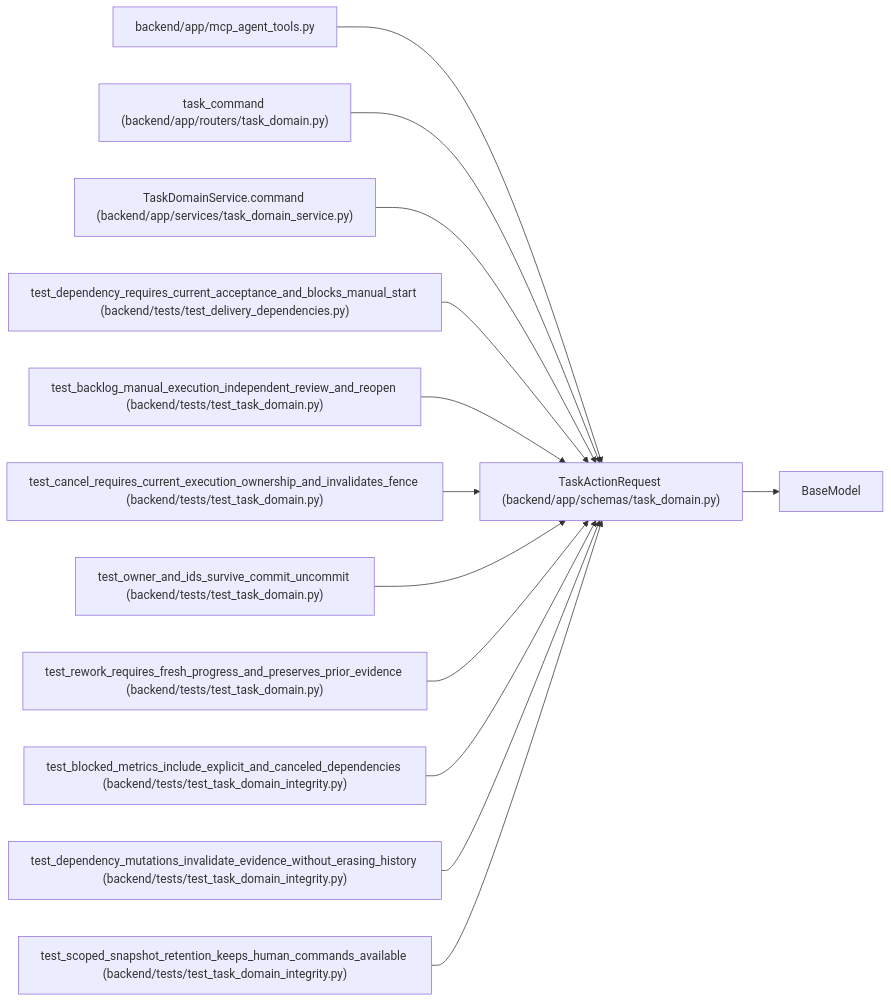
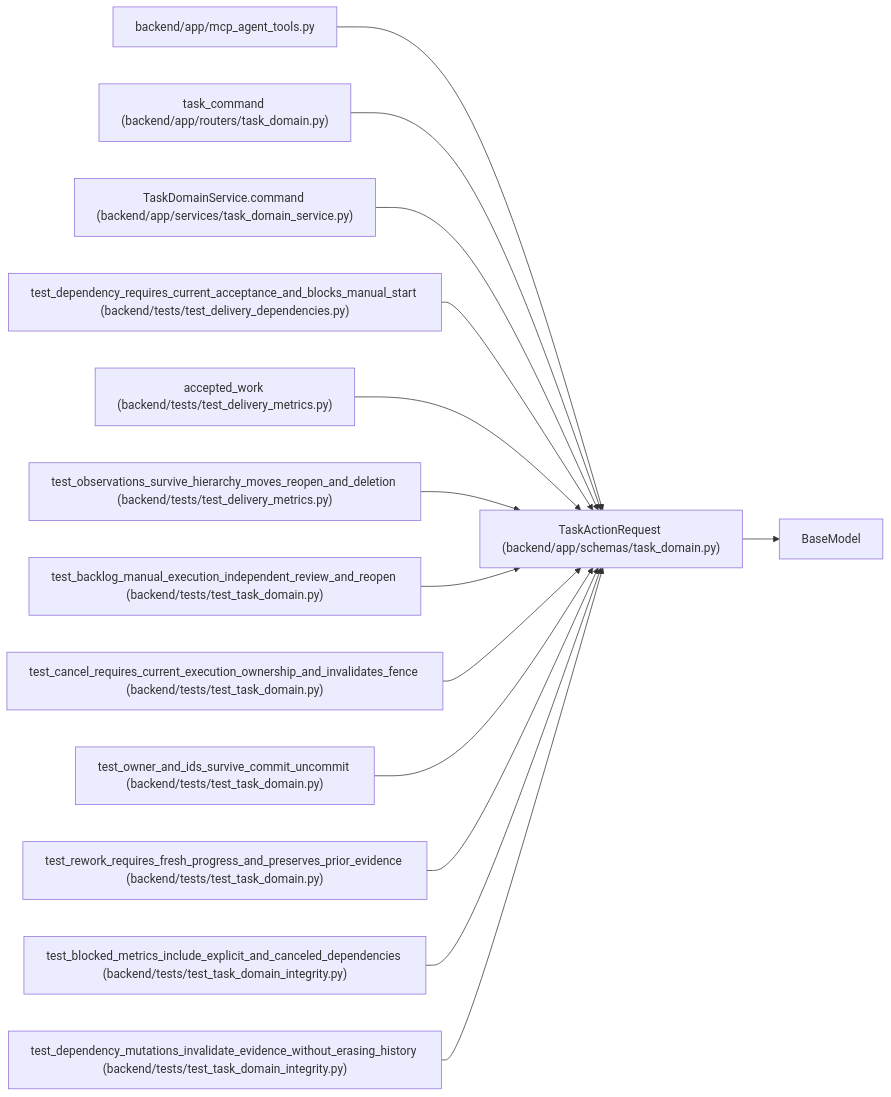
One commit to Denissvgn/WorkChord changed the diagram in docs/llm_wiki/entities/TaskActionRequest.md. Above: the diagram before and after it, drawn with Mermaid. The commit also changed other lines of this file and 628 other files, not shown here.

Commit message:
docs(wiki): synchronize scoped delivery analytics

````diff
--- a/docs/llm_wiki/entities/TaskActionRequest.md
+++ b/docs/llm_wiki/entities/TaskActionRequest.md
@@ -46,40 +46,43 @@
 ```mermaid
 flowchart LR
     n0["TaskActionRequest (backend/app/schemas/task_domain.py)"]
     n1["BaseModel"]
     n2["backend/app/mcp_agent_tools.py"]
     n3["task_command (backend/app/routers/task_domain.py)"]
     n4["TaskDomainService.command (backend/app/services/task_domain_service.py)"]
     n5["test_dependency_requires_current_acceptance_and_blocks_manual_start (backend/tests/test_delivery_dependencies.py)"]
-    n6["test_backlog_manual_execution_independent_review_and_reopen (backend/tests/test_task_domain.py)"]
-    n7["test_cancel_requires_current_execution_ownership_and_invalidates_fence (backend/tests/test_task_domain.py)"]
-    n8["test_owner_and_ids_survive_commit_uncommit (backend/tests/test_task_domain.py)"]
-    n9["test_rework_requires_fresh_progress_and_preserves_prior_evidence (backend/tests/test_task_domain.py)"]
-    n10["test_blocked_metrics_include_explicit_and_canceled_dependencies (backend/tests/test_task_domain_integrity.py)"]
-    n11["test_dependency_mutations_invalidate_evidence_without_erasing_history (backend/tests/test_task_domain_integrity.py)"]
-    n12["test_scoped_snapshot_retention_keeps_human_commands_available (backend/tests/test_task_domain_integrity.py)"]
+    n6["accepted_work (backend/tests/test_delivery_metrics.py)"]
+    n7["test_observations_survive_hierarchy_moves_reopen_and_deletion (backend/tests/test_delivery_metrics.py)"]
+    n8["test_backlog_manual_execution_independent_review_and_reopen (backend/tests/test_task_domain.py)"]
+    n9["test_cancel_requires_current_execution_ownership_and_invalidates_fence (backend/tests/test_task_domain.py)"]
+    n10["test_owner_and_ids_survive_commit_uncommit (backend/tests/test_task_domain.py)"]
+    n11["test_rework_requires_fresh_progress_and_preserves_prior_evidence (backend/tests/test_task_domain.py)"]
+    n12["test_blocked_metrics_include_explicit_and_canceled_dependencies (backend/tests/test_task_domain_integrity.py)"]
+    n13["test_dependency_mutations_invalidate_evidence_without_erasing_history (backend/tests/test_task_domain_integrity.py)"]
     n0 --> n1
     n2 --> n0
     n3 --> n0
     n4 --> n0
     n5 --> n0
     n6 --> n0
     n7 --> n0
     n8 --> n0
     n9 --> n0
     n10 --> n0
     n11 --> n0
     n12 --> n0
+    n13 --> n0
     click n0 "../modules/schemas_task_domain.md"
     click n2 "../modules/mcp_agent_tools.md"
     click n3 "../modules/routers_task_domain.md"
     click n4 "../modules/task_domain_service.md"
     click n5 "../modules/test_delivery_dependencies.md"
-    click n6 "../modules/test_task_domain.md"
-    click n7 "../modules/test_task_domain.md"
+    click n6 "../modules/test_delivery_metrics.md"
+    click n7 "../modules/test_delivery_metrics.md"
     click n8 "../modules/test_task_domain.md"
     click n9 "../modules/test_task_domain.md"
-    click n10 "../modules/test_task_domain_integrity.md"
-    click n11 "../modules/test_task_domain_integrity.md"
+    click n10 "../modules/test_task_domain.md"
+    click n11 "../modules/test_task_domain.md"
     click n12 "../modules/test_task_domain_integrity.md"
+    click n13 "../modules/test_task_domain_integrity.md"
 ```
````
